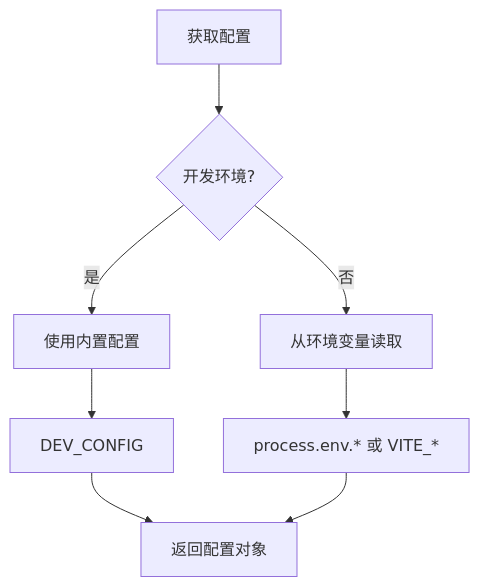
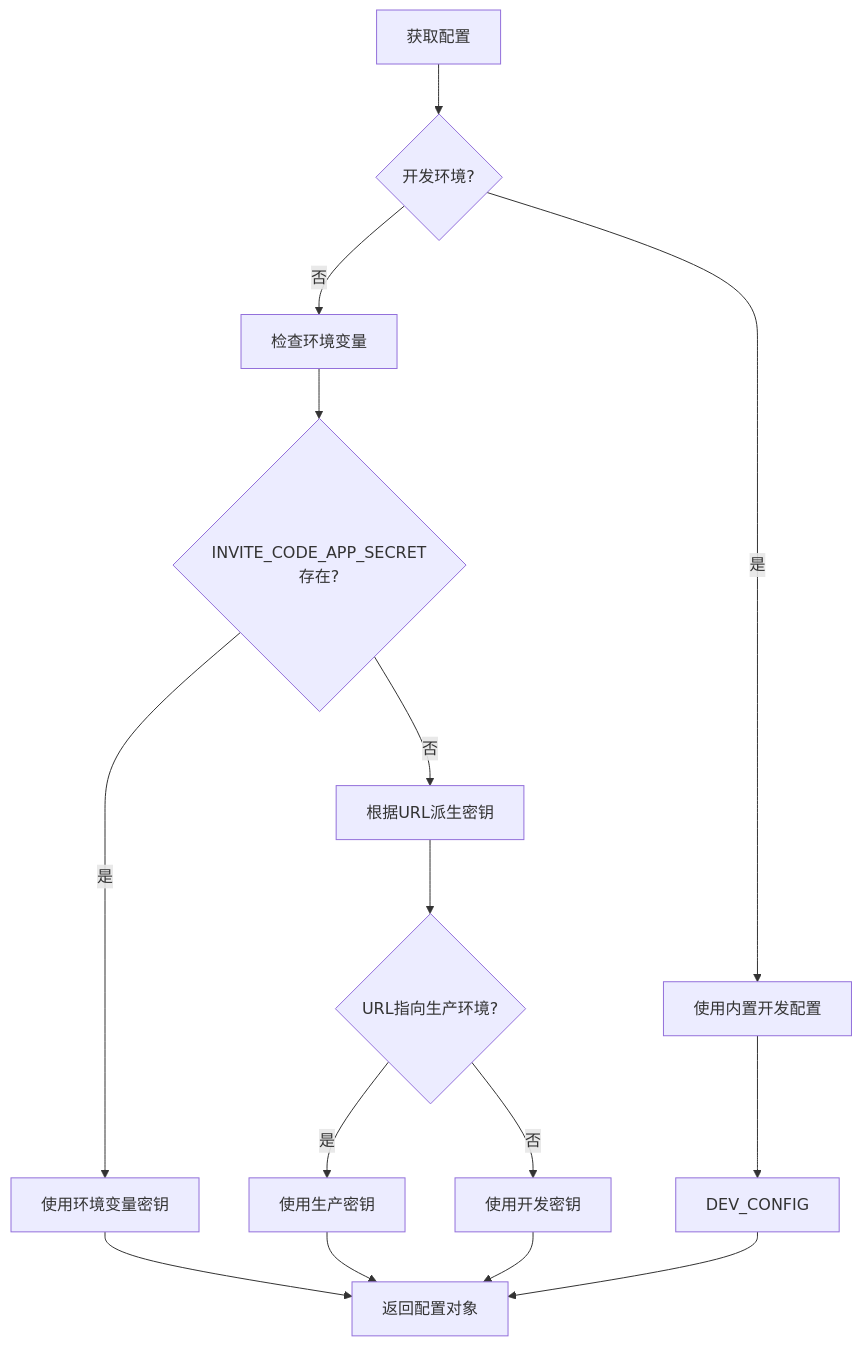
The seventh of 14 diagrams in .qoder/repowiki/zh/content/核心概念/邀请码API客户端.md (verse-ai-org/openclaw), drawn with Mermaid before and after one commit. The commit also changed other lines of this file and 50 other files, not shown here.

````diff
--- a/.qoder/repowiki/zh/content/核心概念/邀请码API客户端.md
+++ b/.qoder/repowiki/zh/content/核心概念/邀请码API客户端.md
@@ -321,10 +360,17 @@
 ```mermaid
 graph TD
 A[获取配置] --> B{开发环境?}
-B --> |是| C[使用内置配置]
-B --> |否| D[从环境变量读取]
+B --> |是| C[使用内置开发配置]
+B --> |否| D[检查环境变量]
 C --> E[DEV_CONFIG]
-D --> F[process.env.* 或 VITE_*]
-E --> G[返回配置对象]
-F --> G
+D --> F{INVITE_CODE_APP_SECRET存在?}
+F --> |是| G[使用环境变量密钥]
+F --> |否| H[根据URL派生密钥]
+H --> I{URL指向生产环境?}
+I --> |是| J[使用生产密钥]
+I --> |否| K[使用开发密钥]
+G --> L[返回配置对象]
+J --> L
+K --> L
+E --> L
 ```
````
